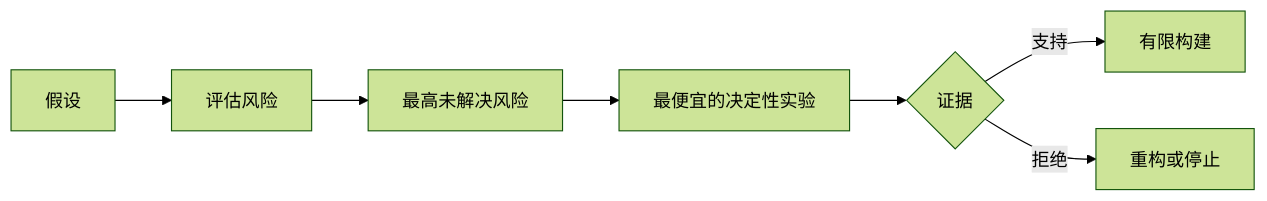
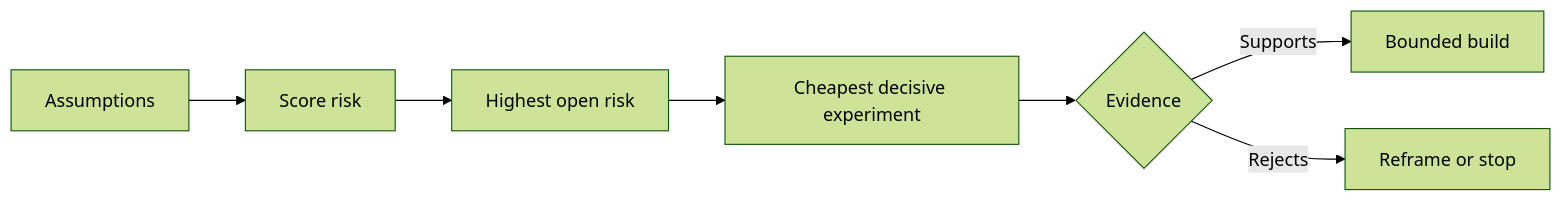
One commit to xiaojiaenen/ai-engineering-from-scratch-zh changed the diagram in i18n/zh/phases/14-agent-engineering/49-map-assumptions-and-risk/docs/zh.md. Above: the diagram before and after it, drawn with Mermaid (forest theme). The commit also changed other lines of this file and 54 other files, not shown here.

````diff
--- a/i18n/zh/phases/14-agent-engineering/49-map-assumptions-and-risk/docs/zh.md
+++ b/i18n/zh/phases/14-agent-engineering/49-map-assumptions-and-risk/docs/zh.md
@@ -51,9 +51,9 @@
 ```mermaid
 flowchart LR
-  A[假设] --> S[评估风险]
-  S --> H[最高未解决风险]
-  H --> X[最便宜的决定性实验]
-  X --> E{证据}
-  E -->|支持| B[有限构建]
-  E -->|拒绝| R[重构或停止]
+  A[Assumptions] --> S[Score risk]
+  S --> H[Highest open risk]
+  H --> X[Cheapest decisive experiment]
+  X --> E{Evidence}
+  E -->|Supports| B[Bounded build]
+  E -->|Rejects| R[Reframe or stop]
 ```
````
